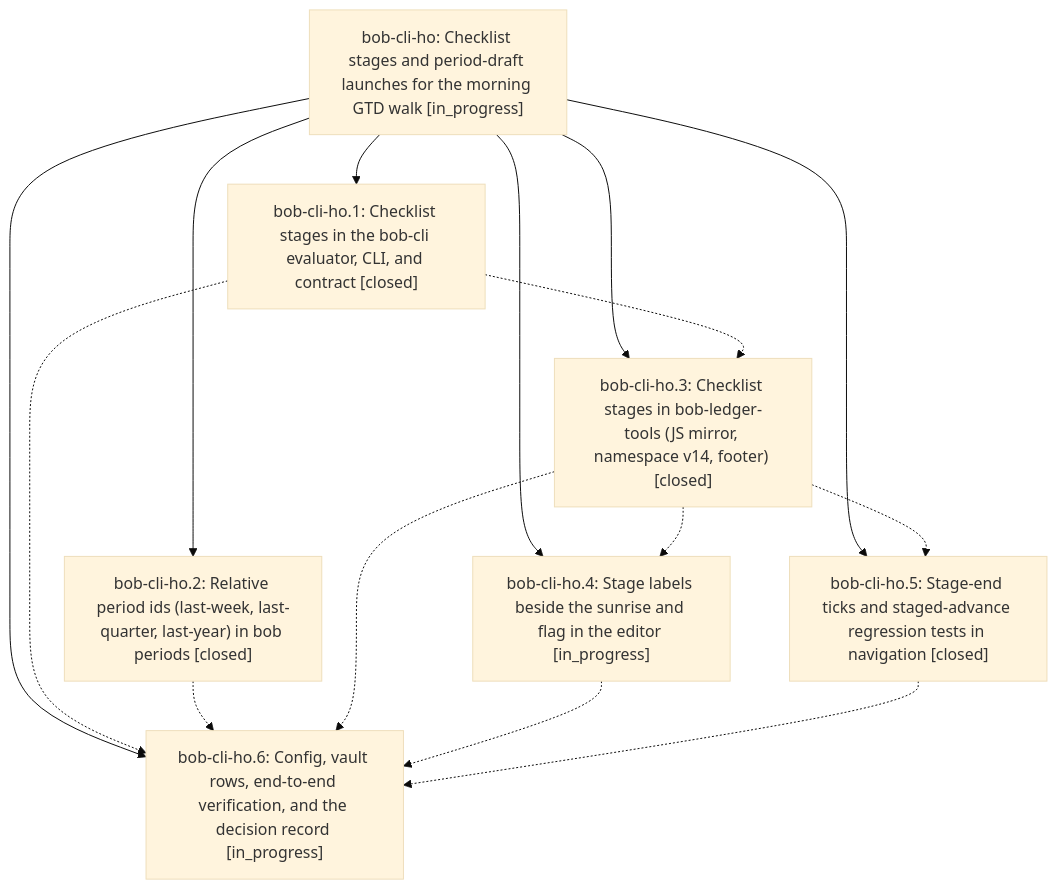
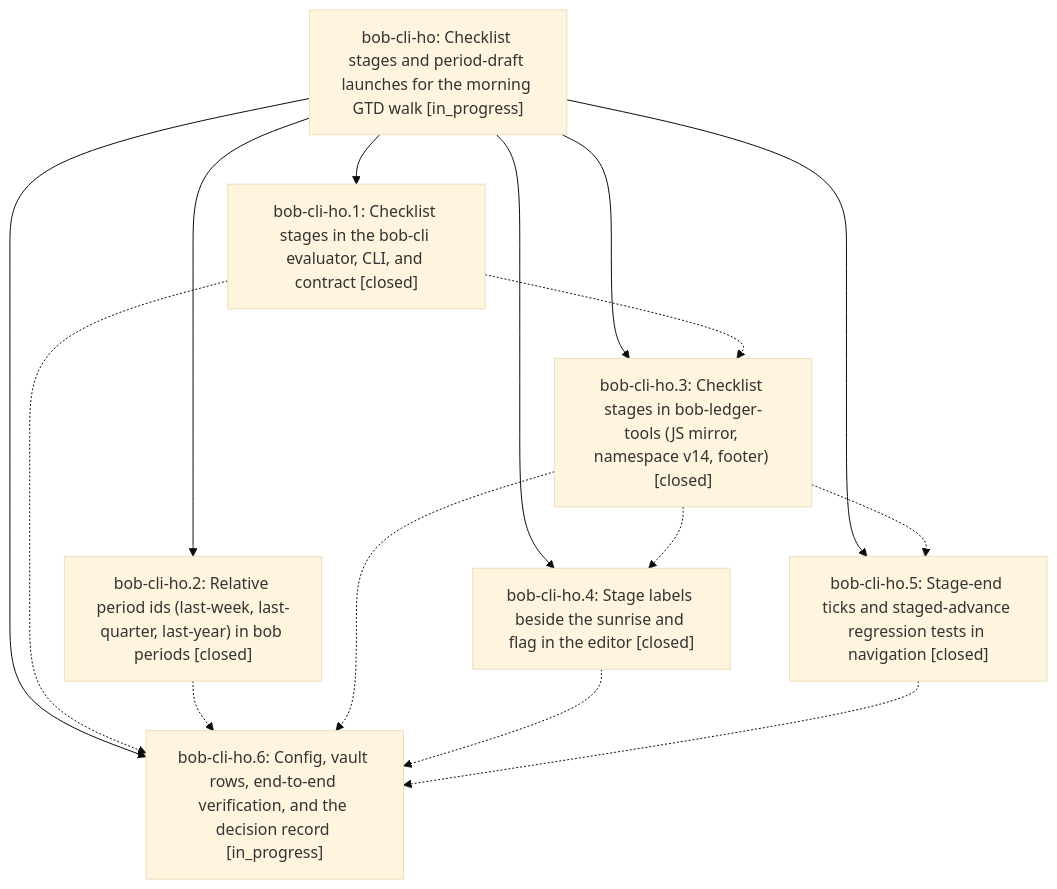
The diagram in pages/bob-cli-ho/README.md (bobs-org/bob-cli--beads), drawn with Mermaid (base theme) before and after one commit. The commit also changed other lines of this file and 4 other files, not shown here.

First line of the commit message:
chore(beads): sync bead state and pages for bob-cli-ho

````diff
--- a/pages/bob-cli-ho/README.md
+++ b/pages/bob-cli-ho/README.md
@@ -41,24 +41,24 @@
 ```mermaid
 flowchart TD
     n0["bob-cli-ho: Checklist stages and period-draft launches for the morning GTD walk [in_progress]"]
     n1["bob-cli-ho.1: Checklist stages in the bob-cli evaluator, CLI, and contract [closed]"]
     n2["bob-cli-ho.2: Relative period ids (last-week, last-quarter, last-year) in bob periods [closed]"]
     n3["bob-cli-ho.3: Checklist stages in bob-ledger-tools (JS mirror, namespace v14, footer) [closed]"]
-    n4["bob-cli-ho.4: Stage labels beside the sunrise and flag in the editor [in_progress]"]
+    n4["bob-cli-ho.4: Stage labels beside the sunrise and flag in the editor [closed]"]
     n5["bob-cli-ho.5: Stage-end ticks and staged-advance regression tests in navigation [closed]"]
     n6["bob-cli-ho.6: Config, vault rows, end-to-end verification, and the decision record [in_progress]"]
     n0 --> n1
     n0 --> n2
     n0 --> n3
     n0 --> n4
     n0 --> n5
     n0 --> n6
     n1 -.-> n3
     n1 -.-> n6
     n2 -.-> n6
     n3 -.-> n4
     n3 -.-> n5
     n3 -.-> n6
     n4 -.-> n6
     n5 -.-> n6
 ```
````
